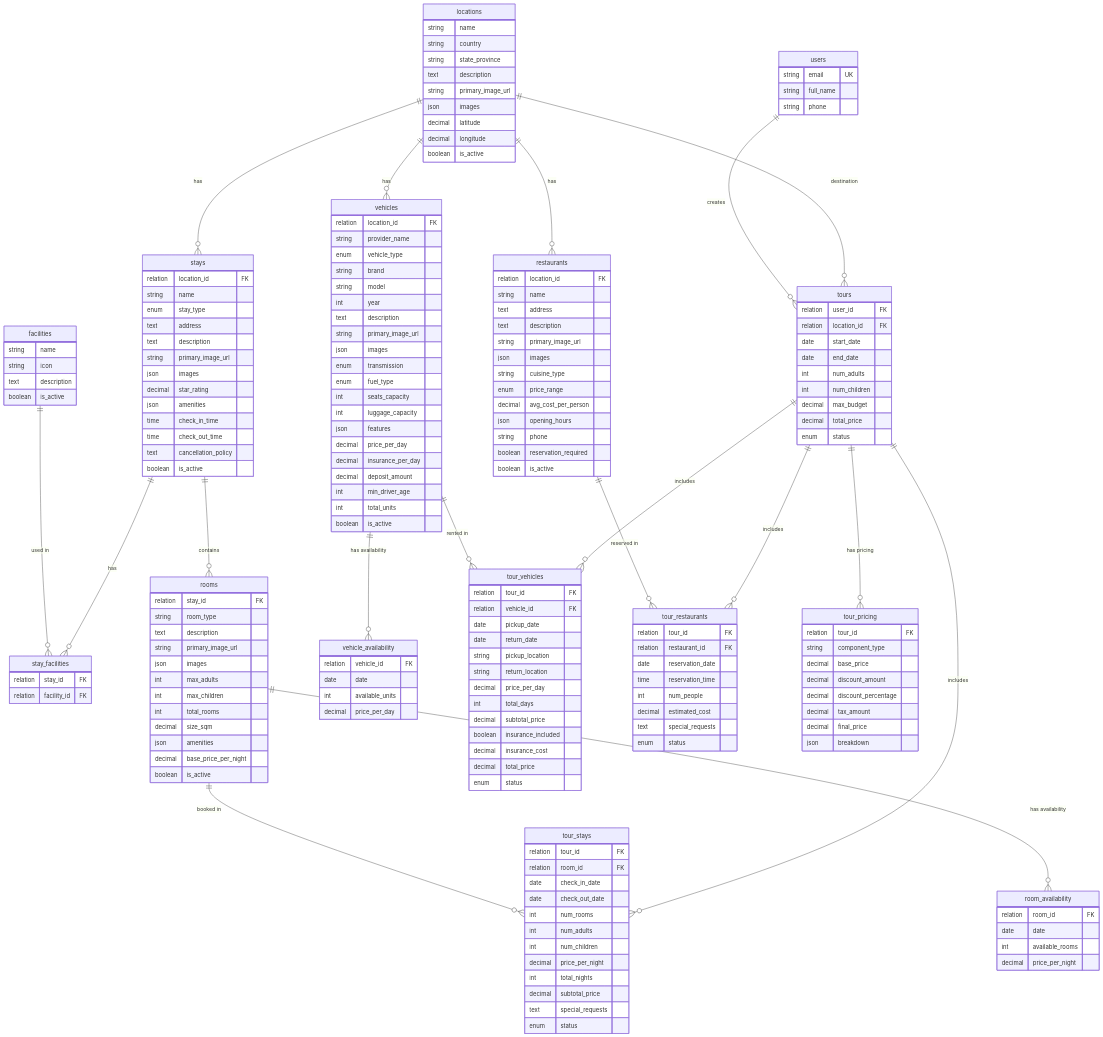
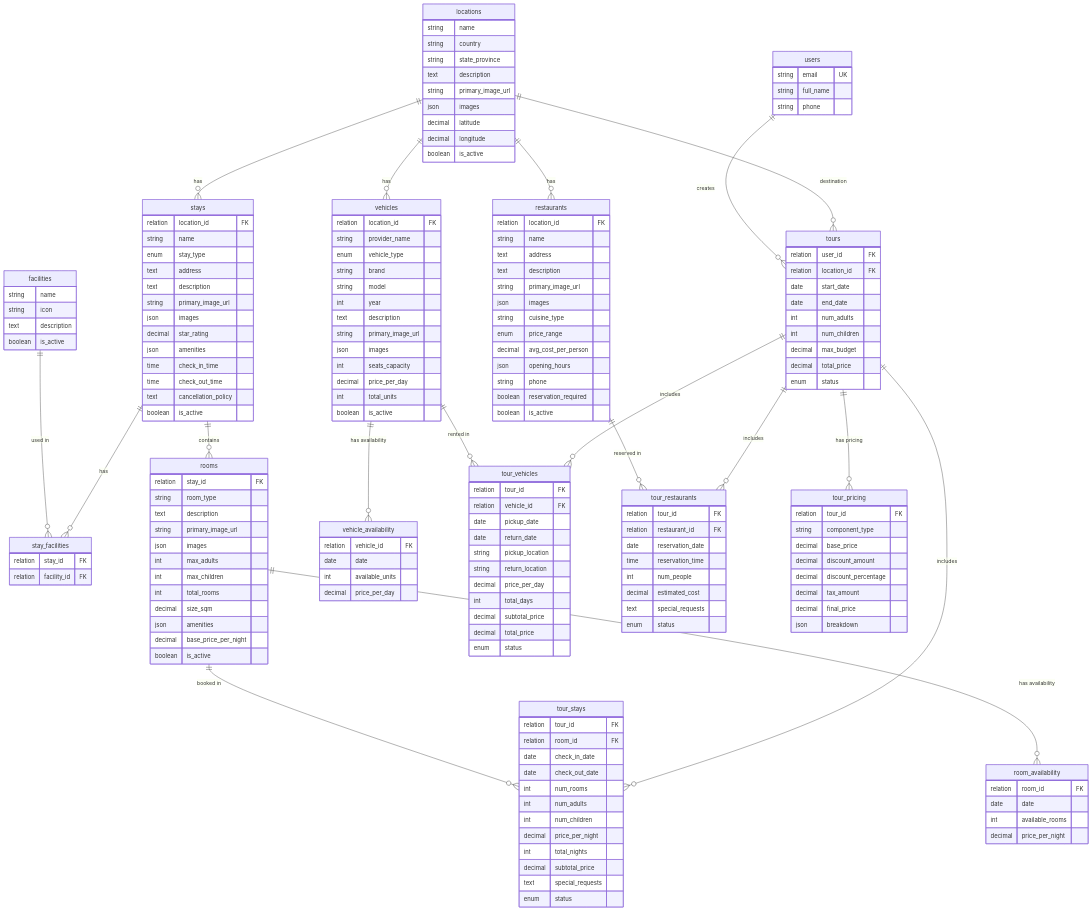
The diagram in backend/DB.md (minhtanpham/travel-demo), drawn with Mermaid before and after one commit.

Commit message:
Remove unused fields

```diff
--- a/backend/DB.md
+++ b/backend/DB.md
@@ -118,15 +118,8 @@
         text description
         string primary_image_url
         json images
-        enum transmission
-        enum fuel_type
         int seats_capacity
-        int luggage_capacity
-        json features
         decimal price_per_day
-        decimal insurance_per_day
-        decimal deposit_amount
-        int min_driver_age
         int total_units
         boolean is_active
     }
@@ -186,8 +179,6 @@
         decimal price_per_day
         int total_days
         decimal subtotal_price
-        boolean insurance_included
-        decimal insurance_cost
         decimal total_price
         enum status
     }
```
